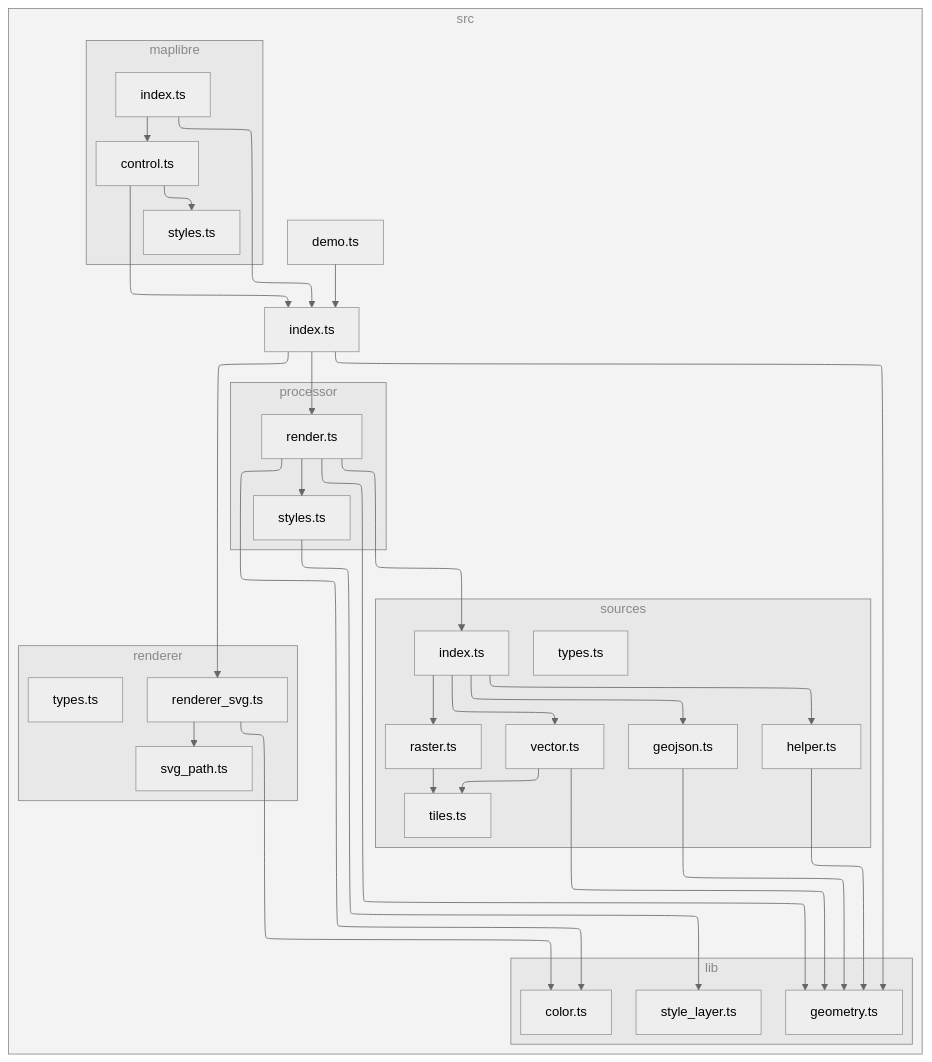
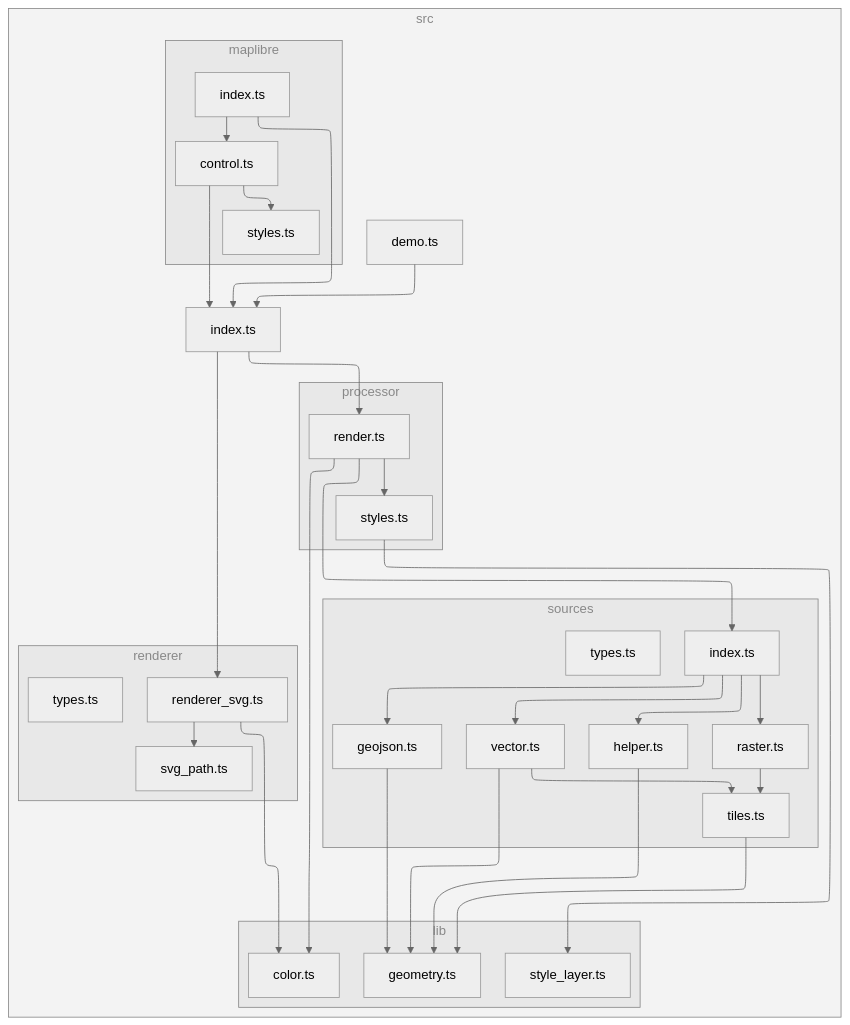
One commit to versatiles-org/versatiles-renderer changed the diagram in README.md. Above: the diagram before and after it, drawn with Mermaid (neutral theme). The commit also changed 4 other files, not shown here.

````diff
--- a/README.md
+++ b/README.md
@@ -126,67 +126,66 @@
 ```mermaid
 ---
 config:
   layout: elk
 ---
 flowchart TB
 
 subgraph 0["src"]
 1["demo.ts"]
 2["index.ts"]
-subgraph 3["lib"]
-4["geometry.ts"]
-7["color.ts"]
+subgraph 3["processor"]
+4["render.ts"]
+F["styles.ts"]
+end
+subgraph 5["lib"]
+6["color.ts"]
+A["geometry.ts"]
 G["style_layer.ts"]
 end
-subgraph 5["processor"]
-6["render.ts"]
-F["styles.ts"]
-end
-subgraph 8["sources"]
-9["index.ts"]
-A["geojson.ts"]
+subgraph 7["sources"]
+8["index.ts"]
+9["geojson.ts"]
 B["helper.ts"]
 C["raster.ts"]
 D["tiles.ts"]
 E["vector.ts"]
 P["types.ts"]
 end
 subgraph H["renderer"]
 I["renderer_svg.ts"]
 J["svg_path.ts"]
 O["types.ts"]
 end
 subgraph K["maplibre"]
 L["control.ts"]
 M["styles.ts"]
 N["index.ts"]
 end
 end
 1-->2
 2-->4
-2-->6
 2-->I
-6-->7
-6-->4
-6-->9
-6-->F
+4-->6
+4-->8
+4-->F
+8-->9
+8-->B
+8-->C
+8-->E
 9-->A
-9-->B
-9-->C
-9-->E
-A-->4
-B-->4
+B-->A
 C-->D
-E-->4
+D-->A
+E-->A
 E-->D
 F-->G
-I-->7
+I-->6
 I-->J
 L-->2
 L-->M
 N-->2
 N-->L
 
-class 0,3,5,8,H,K subgraphs;
+class 0,3,5,7,H,K subgraphs;
 classDef subgraphs fill-opacity:0.1, fill:#888, color:#888, stroke:#888;
 ```
````
